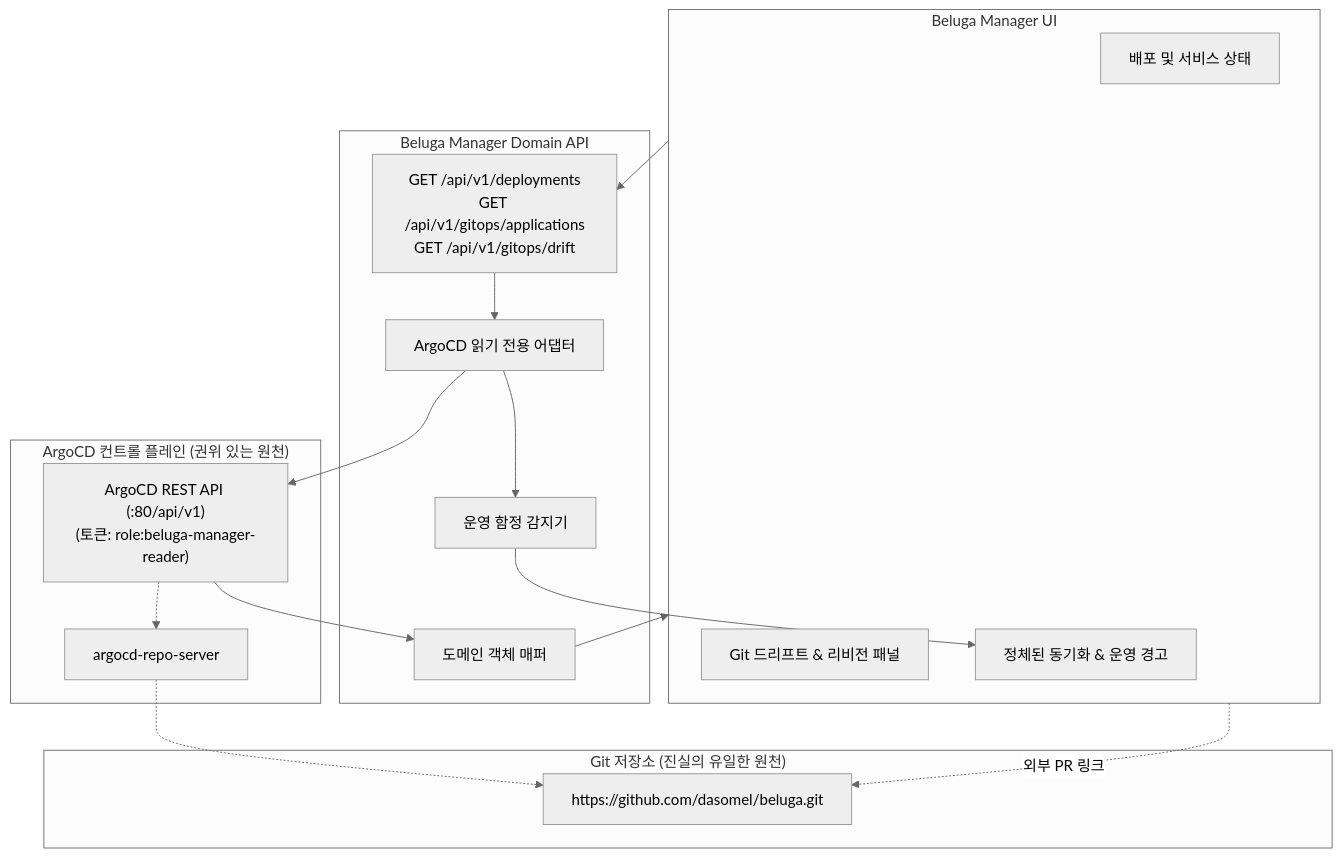
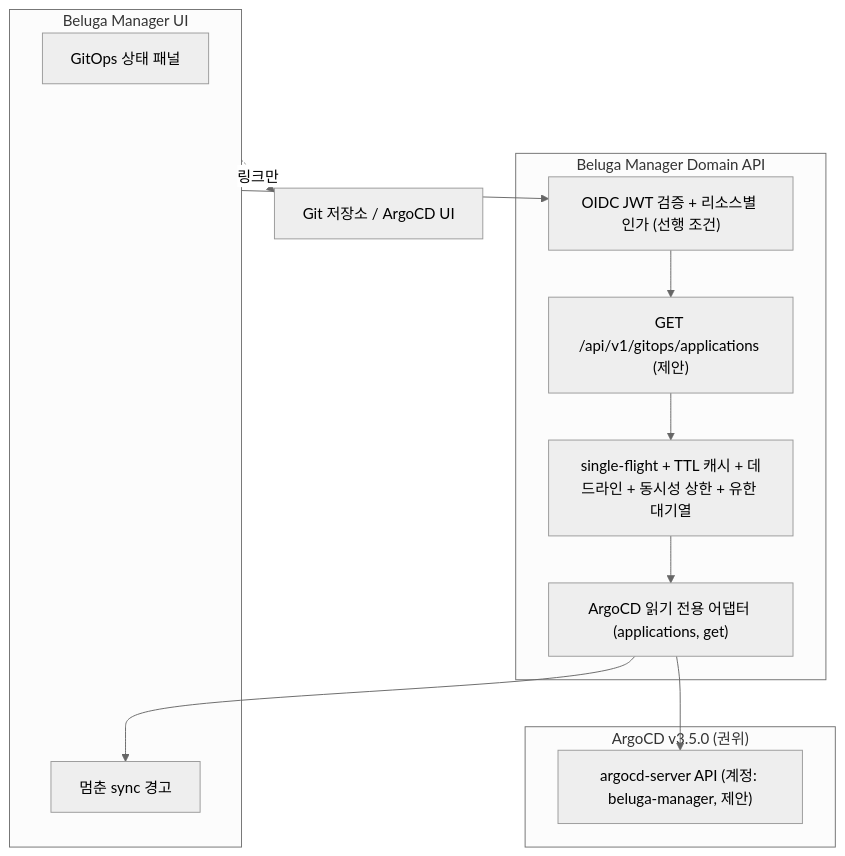
One commit to dasomel/beluga-manager changed the diagram in docs/adr/0008-gitops-argocd-integration-ko.md. Above: the diagram before and after it, drawn with Mermaid (neutral theme). The commit also changed other lines of this file and 3 other files, not shown here.

````diff
--- a/docs/adr/0008-gitops-argocd-integration-ko.md
+++ b/docs/adr/0008-gitops-argocd-integration-ko.md
@@ -65,33 +82,19 @@
 ```mermaid
 flowchart TD
     subgraph UI["Beluga Manager UI"]
-        DepView["배포 및 서비스 상태"]
-        DriftView["Git 드리프트 & 리비전 패널"]
-        WarnView["정체된 동기화 & 운영 경고"]
+        DepView["GitOps 상태 패널"]
+        WarnView["멈춘 sync 경고"]
     end
-
     subgraph DomainAPI["Beluga Manager Domain API"]
-        GitOpsRouter["GET /api/v1/deployments\nGET /api/v1/gitops/applications\nGET /api/v1/gitops/drift"]
-        Adapter["ArgoCD 읽기 전용 어댑터"]
-        Mapper["도메인 객체 매퍼"]
-        TrapDetector["운영 함정 감지기"]
+        AuthZ["OIDC JWT 검증 + 리소스별 인가 (선행 조건)"]
+        GitOpsRouter["GET /api/v1/gitops/applications (제안)"]
+        Guard["single-flight + TTL 캐시 + 데드라인 + 동시성 상한 + 유한 대기열"]
+        Adapter["ArgoCD 읽기 전용 어댑터 (applications, get)"]
     end
-
-    subgraph ArgoCD["ArgoCD 컨트롤 플레인 (권위 있는 원천)"]
-        ArgoAPI["ArgoCD REST API (:80/api/v1)\n(토큰: role:beluga-manager-reader)"]
-        RepoServer["argocd-repo-server"]
+    subgraph ArgoCD["ArgoCD v3.5.0 (권위)"]
+        ArgoAPI["argocd-server API (계정: beluga-manager, 제안)"]
     end
-
-    subgraph Git["Git 저장소 (진실의 유일한 원천)"]
-        GitHub["https://github.com/dasomel/beluga.git"]
-    end
-
-    UI --> GitOpsRouter
-    GitOpsRouter --> Adapter
-    Adapter --> ArgoAPI
-    ArgoAPI -.-> RepoServer
-    RepoServer -.-> GitHub
-    ArgoAPI --> Mapper --> UI
-    Adapter --> TrapDetector --> WarnView
-    UI -.->|외부 PR 링크| GitHub
+    UI --> AuthZ --> GitOpsRouter --> Guard --> Adapter --> ArgoAPI
+    Adapter --> WarnView
+    UI -.->|링크만| Git["Git 저장소 / ArgoCD UI"]
 ```
````
